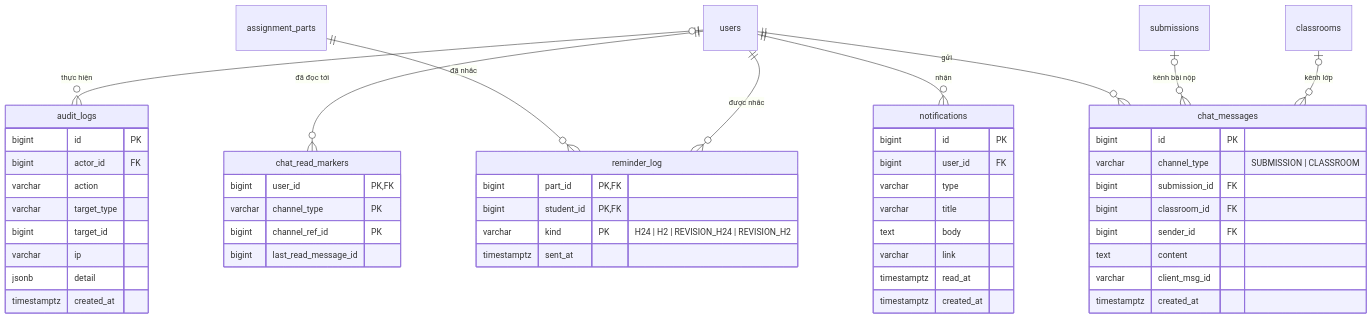
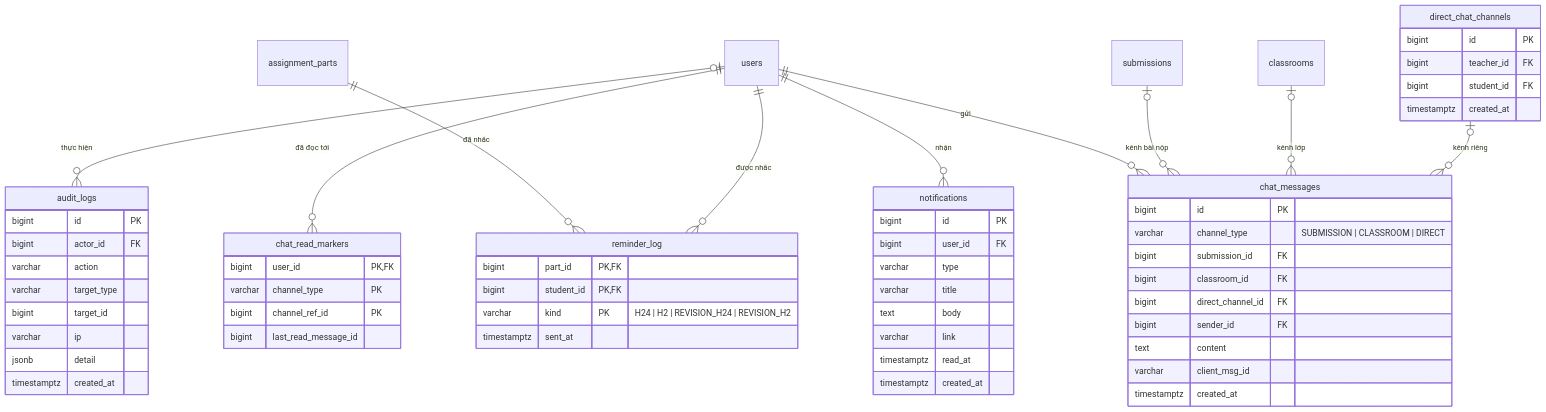
One commit to duckkthoi/ielts-system changed the fourth of 5 diagrams in docs/04-erd.md. Above: the diagram before and after it, drawn with Mermaid. The commit also changed other lines of this file and 108 other files, not shown here.

````diff
--- a/docs/04-erd.md
+++ b/docs/04-erd.md
@@ -272,54 +274,62 @@
 ```mermaid
 erDiagram
     users ||--o{ notifications : "nhận"
     assignment_parts ||--o{ reminder_log : "đã nhắc"
     users ||--o{ reminder_log : "được nhắc"
     users ||--o{ chat_messages : "gửi"
     submissions |o--o{ chat_messages : "kênh bài nộp"
     classrooms |o--o{ chat_messages : "kênh lớp"
+    direct_chat_channels |o--o{ chat_messages : "kênh riêng"
     users ||--o{ chat_read_markers : "đã đọc tới"
     users |o--o{ audit_logs : "thực hiện"
 
     notifications {
         bigint id PK
         bigint user_id FK
         varchar type
         varchar title
         text body
         varchar link
         timestamptz read_at
         timestamptz created_at
     }
     reminder_log {
         bigint part_id PK, FK
         bigint student_id PK, FK
         varchar kind PK "H24 | H2 | REVISION_H24 | REVISION_H2"
         timestamptz sent_at
     }
     chat_messages {
         bigint id PK
-        varchar channel_type "SUBMISSION | CLASSROOM"
+        varchar channel_type "SUBMISSION | CLASSROOM | DIRECT"
         bigint submission_id FK
         bigint classroom_id FK
+        bigint direct_channel_id FK
         bigint sender_id FK
         text content
         varchar client_msg_id
         timestamptz created_at
     }
     chat_read_markers {
         bigint user_id PK, FK
         varchar channel_type PK
         bigint channel_ref_id PK
         bigint last_read_message_id
+    }
+    direct_chat_channels {
+        bigint id PK
+        bigint teacher_id FK
+        bigint student_id FK
+        timestamptz created_at
     }
     audit_logs {
         bigint id PK
         bigint actor_id FK
         varchar action
         varchar target_type
         bigint target_id
         varchar ip
         jsonb detail
         timestamptz created_at
     }
 ```
````
